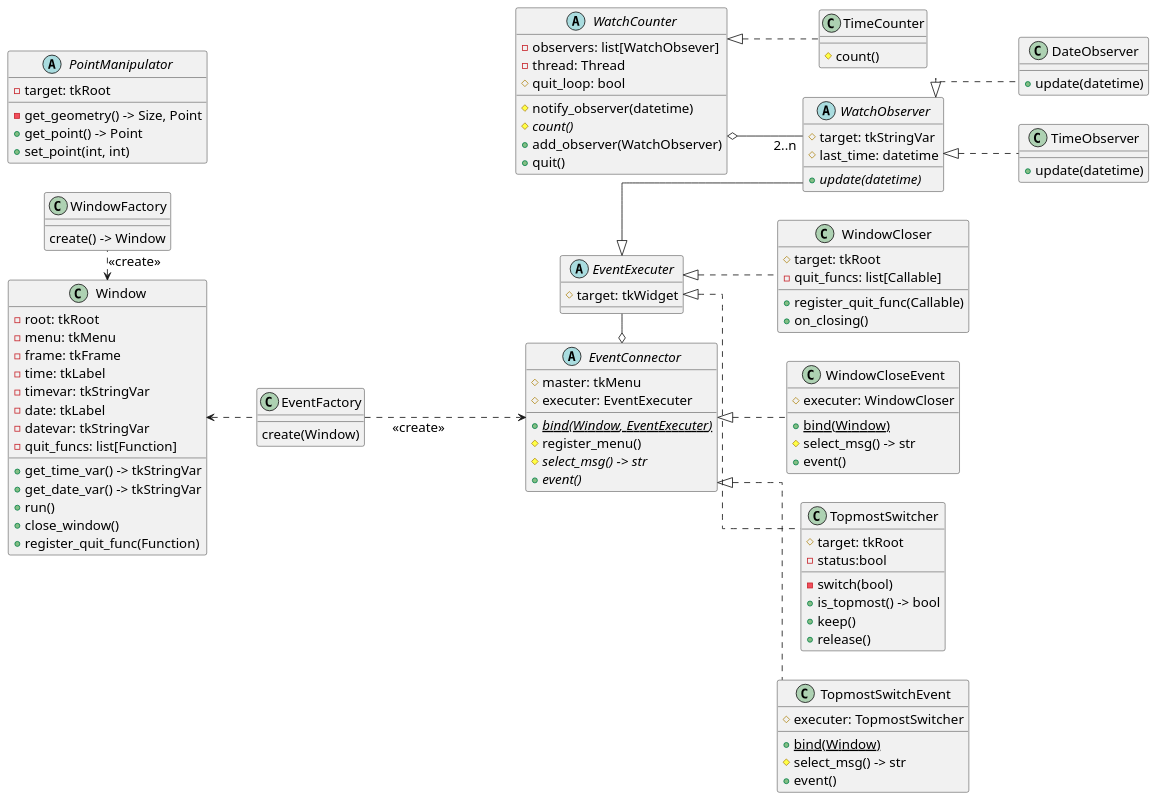
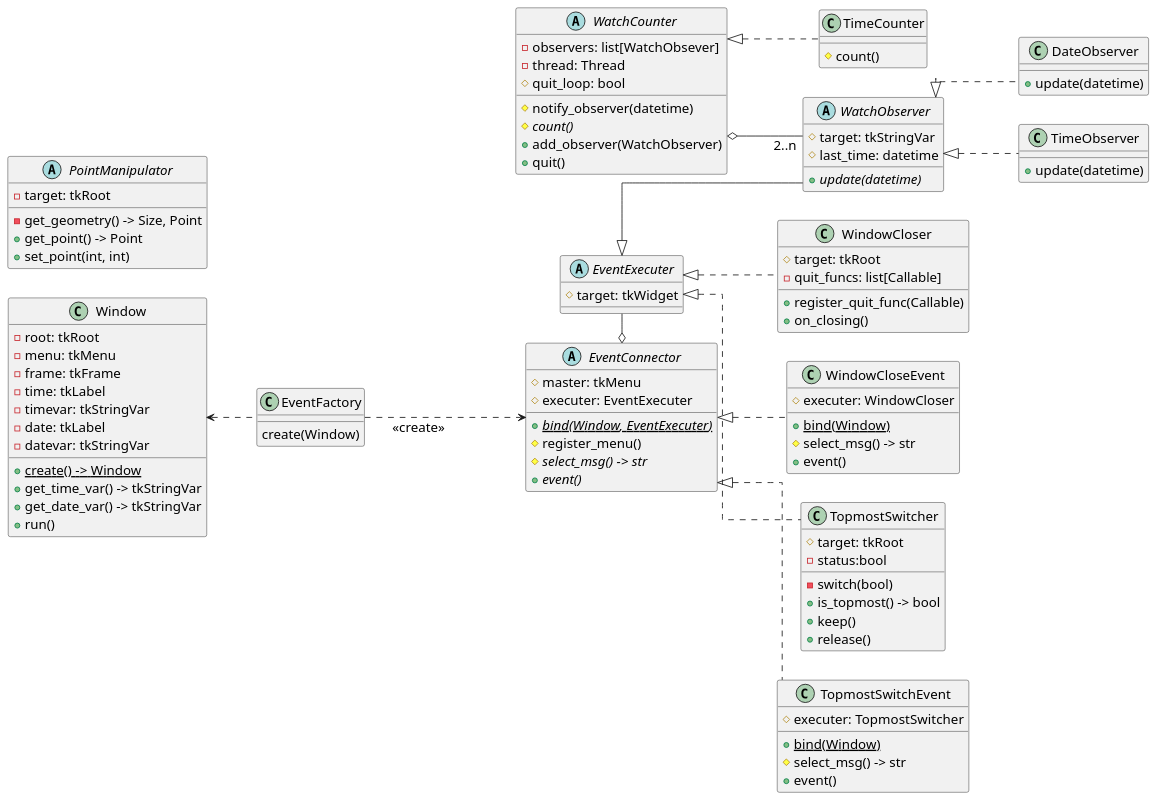
The diagram in doc/class.puml (TAKE4548/OLW), drawn with PlantUML before and after one commit. The commit also changed 5 other files, not shown here.

```diff
--- a/doc/class.puml
+++ b/doc/class.puml
@@ -1,131 +1,125 @@
 @startuml Class
 skinparam {
    defaultfontsize 16
    linetype ortho
 }
 left to right direction
 
 together {
-    class "WindowFactory" as wf {
-        create() -> Window
-    }
     class "Window" as w {
         - root: tkRoot
         - menu: tkMenu
         - frame: tkFrame
         - time: tkLabel
         - timevar: tkStringVar
         - date: tkLabel
         - datevar: tkStringVar
-        - quit_funcs: list[Function]
+        + {static} create() -> Window
         + get_time_var() -> tkStringVar
         + get_date_var() -> tkStringVar
         + run()
-        + close_window()
-        + register_quit_func(Function)
     }
-    w <. wf: <<create>>
 }
 
 together {
     class "EventFactory" as ef {
         create(Window)
     }
     w <.. ef
 
     abstract class "EventExecuter" as ee {
         # target: tkWidget
     }
 
     abstract class "EventConnector" as ec {
         # master: tkMenu
         # executer: EventExecuter
         + {abstract}{static} bind(Window, EventExecuter)
         # register_menu()
         # {abstract} select_msg() -> str
         + {abstract} event()
     }
     ef ....> ec: <<create>>
     ec o- ee
 }
 
 abstract class "PointManipulator" as pm {
     - target: tkRoot
     - get_geometry() -> Size, Point
     + get_point() -> Point
     + set_point(int, int)
 }
 
 together {
     class "WindowCloser" as wcr {
         # target: tkRoot
         - quit_funcs: list[Callable]
         + register_quit_func(Callable)
         + on_closing()
     }
     ee <|.. wcr
 
     class "WindowCloseEvent" as wcre {
         # executer: WindowCloser
         + {static} bind(Window)
         # select_msg() -> str
         + event()
     }
     ec <|.. wcre
 }
 
 together {
     class "TopmostSwitcher" as tms {
         # target: tkRoot
         - status:bool
         - switch(bool)
         + is_topmost() -> bool
         + keep()
         + release()
     }
     ee <|.. tms
 
     class "TopmostSwitchEvent" as tmse {
         # executer: TopmostSwitcher
         + {static} bind(Window)
         # select_msg() -> str
         + event()
     }
     ec <|.. tmse
 }
 
 together {
     abstract class "WatchObserver" as wo {
         # target: tkStringVar
         # last_time: datetime
         + {abstract} update(datetime)
     }
     ee <|-- wo
 
     class "TimeObserver" as to {
         + update(datetime)
     }
     wo <|.. to
 
     class "DateObserver" as do {
         + update(datetime)
     }
     wo <|.. do
 
     abstract class "WatchCounter" as wc {
         - observers: list[WatchObsever]
         - thread: Thread
         # quit_loop: bool
         # notify_observer(datetime)
         # {abstract} count()
         + add_observer(WatchObserver)
         + quit()
     }
 
     class "TimeCounter" as tc {
         # count()
     }
     wc <|.. tc
     wo "2..n" -l-o wc
 }
 @enduml
```
